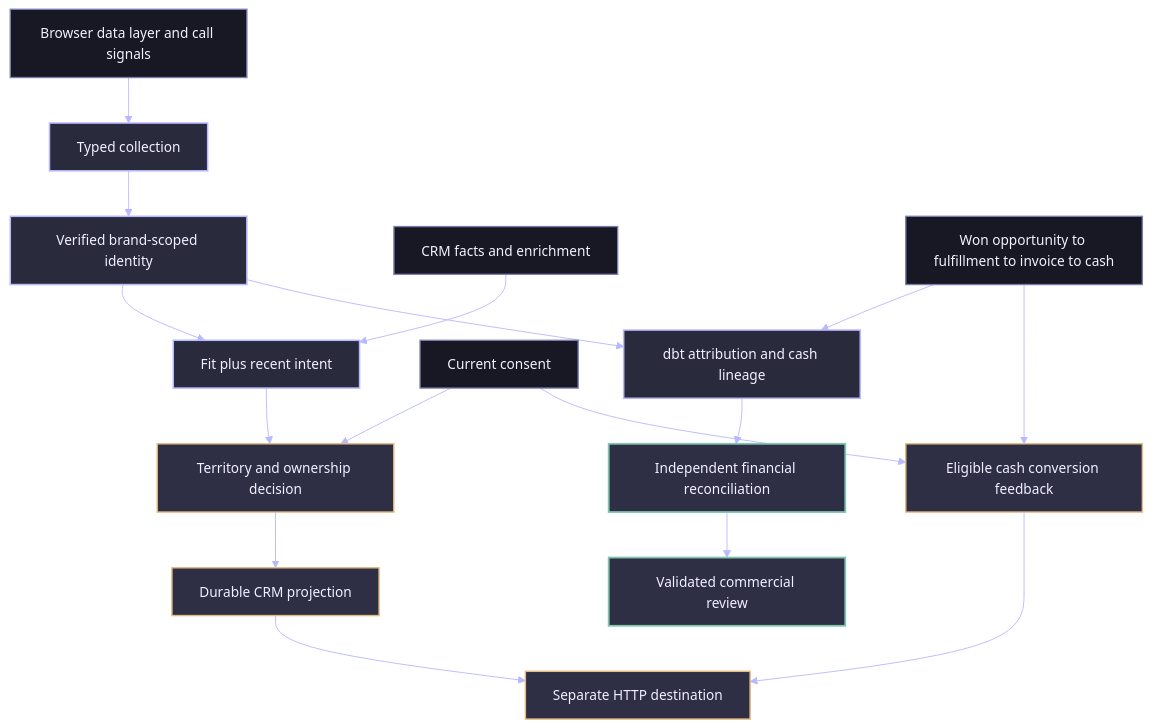
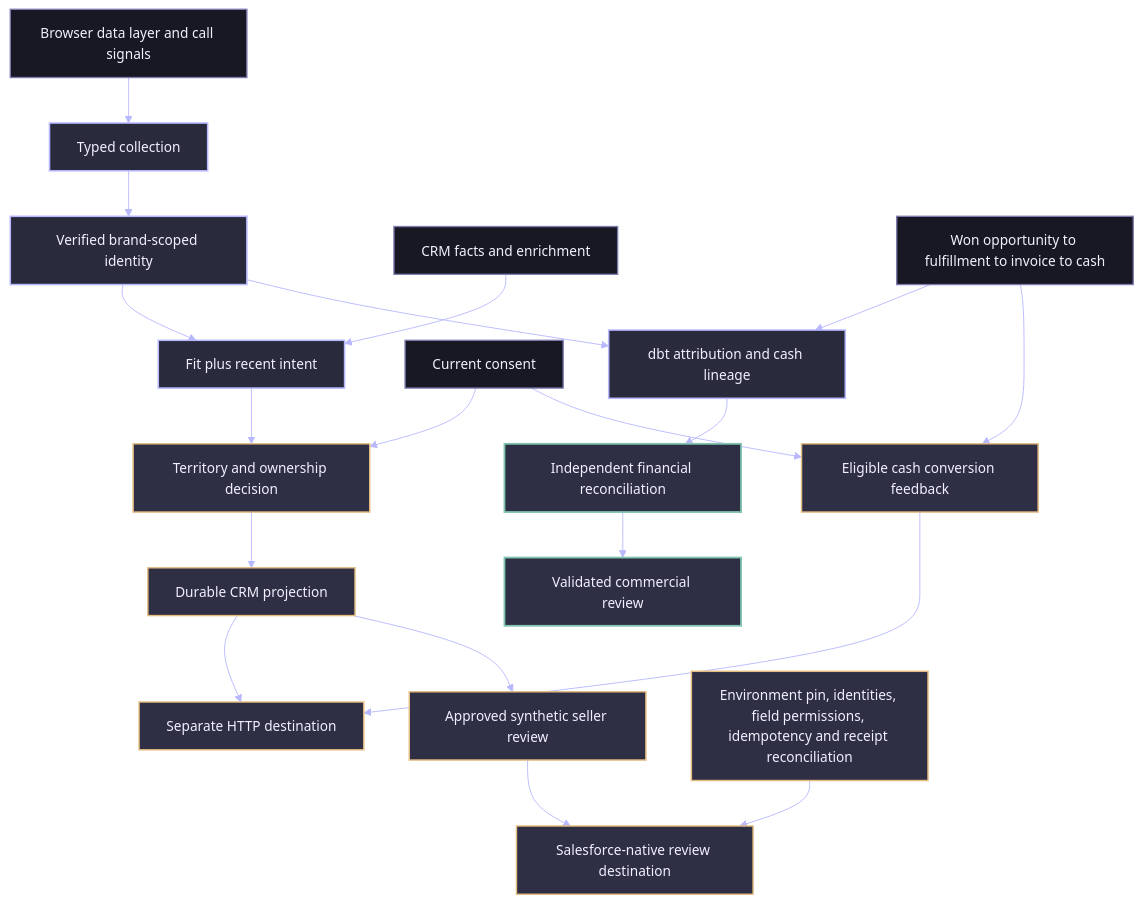
One commit to rlbsem/customer-signal-activation changed the diagram in README.md. Above: the diagram before and after it, drawn with Mermaid.

Commit message:
docs: show separate governed Salesforce destination in architecture

````diff
--- a/README.md
+++ b/README.md
@@ -36,28 +36,31 @@
 ```mermaid
 %%{init: {"theme":"base","themeVariables":{"background":"#10101D","primaryColor":"#2A2A3D","primaryTextColor":"#F0F0FF","primaryBorderColor":"#7C7CAF","lineColor":"#B8B8FF","textColor":"#F0F0FF","secondaryColor":"#181825","tertiaryColor":"#2E2E45","fontFamily":"IBM Plex Sans, Arial, sans-serif","fontSize":"15px","edgeLabelBackground":"#10101D"}}}%%
 flowchart TB
   W[Browser data layer and call signals] --> C[Typed collection]
   C --> I[Verified brand-scoped identity]
   E[CRM facts and enrichment] --> D[Fit plus recent intent]
   I --> D
   D --> R[Territory and ownership decision]
   P[Current consent] --> R
   R --> Q[Durable CRM projection]
   Q --> H[Separate HTTP destination]
+  Q --> S[Approved synthetic seller review]
+  S --> G[Salesforce-native review destination]
+  K[Environment pin, identities, field permissions, idempotency and receipt reconciliation] --> G
   F[Won opportunity to fulfillment to invoice to cash] --> A[dbt attribution and cash lineage]
   I --> A
   A --> V[Independent financial reconciliation]
   F --> O[Eligible cash conversion feedback]
   P --> O
   O --> H
   V --> B[Validated commercial review]
   classDef source fill:#181825,stroke:#7C7CAF,color:#F0F0FF,stroke-width:1.5px
   classDef identity fill:#2A2A3D,stroke:#B8B8FF,color:#F0F0FF,stroke-width:1.7px
   classDef authority fill:#2E2E45,stroke:#E3BC7F,color:#F0F0FF,stroke-width:1.6px
   classDef verified fill:#2E2E45,stroke:#81C5B0,color:#F0F0FF,stroke-width:2px
   class W,E,P,F source
   class C,I,D,A identity
-  class R,Q,O,H authority
+  class R,Q,O,H,S,G,K authority
   class V,B verified
 
 ```
````
